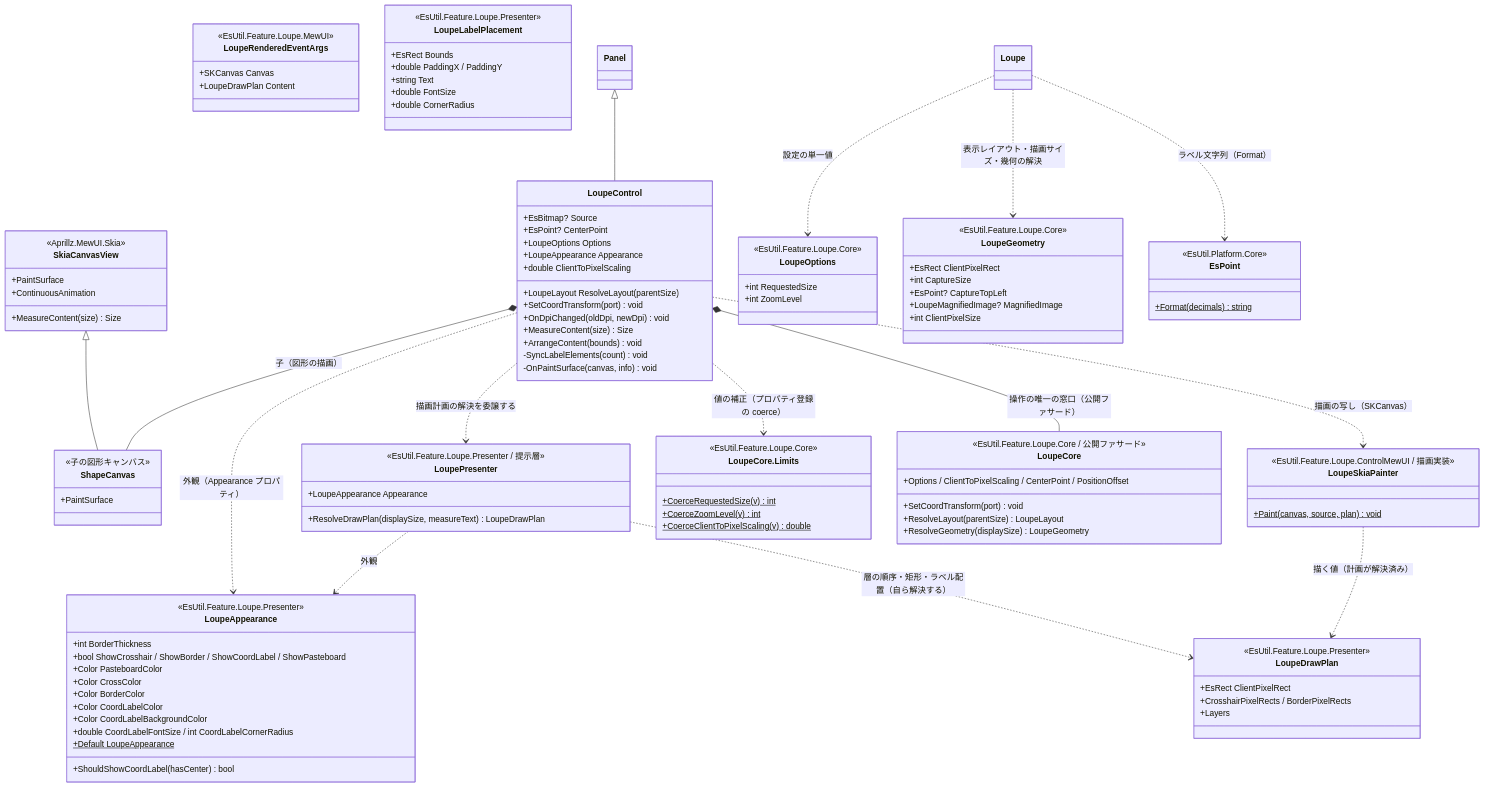
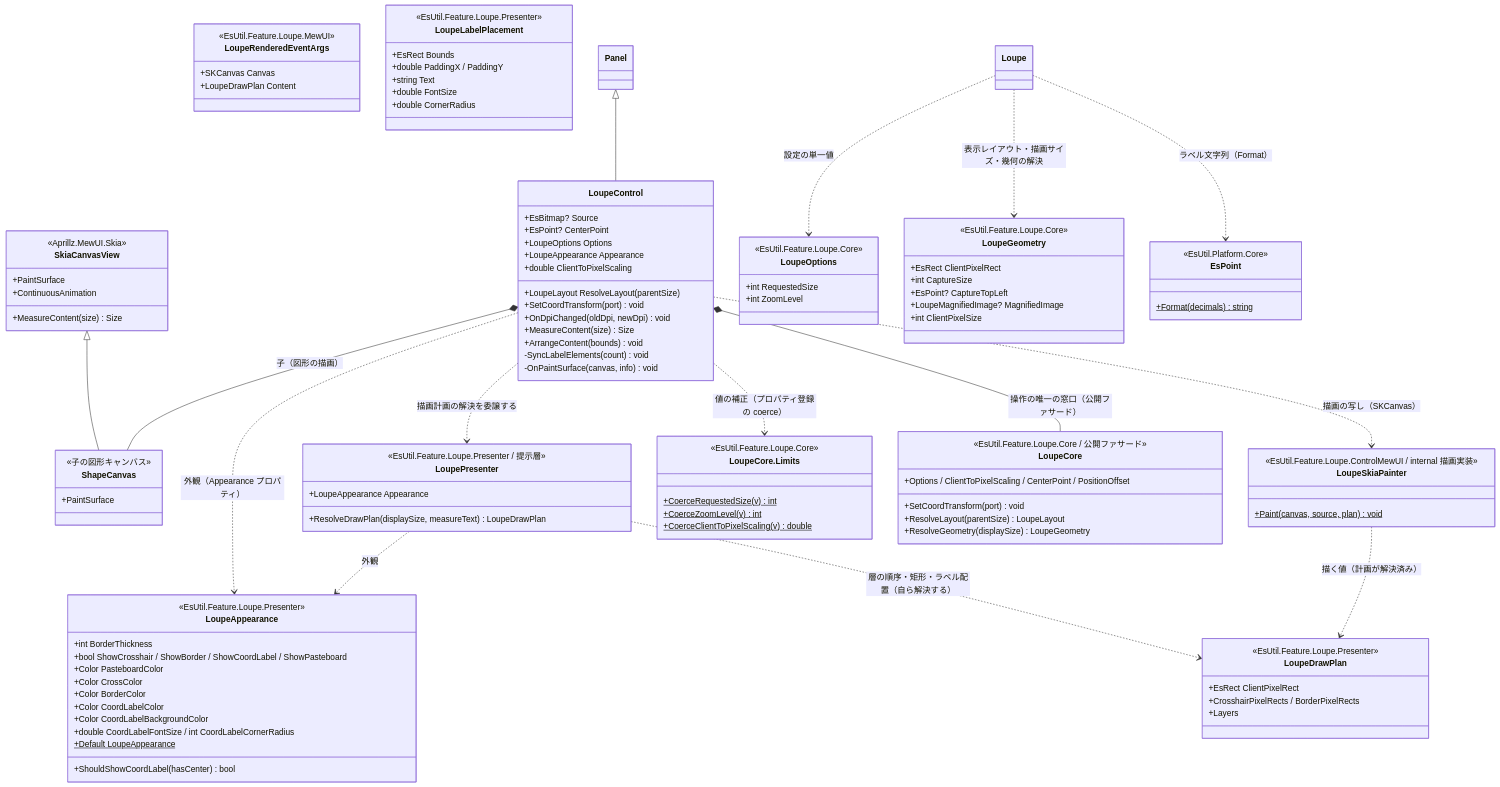
One commit to tomokuni/SaveEvidence changed the first of 2 diagrams in src/EsUtil.Feature.Loupe.ControlMewUI/docs/SPEC_System.md. Above: the diagram before and after it, drawn with Mermaid. The commit also changed 32 other files, not shown here.

```diff
--- a/src/EsUtil.Feature.Loupe.ControlMewUI/docs/SPEC_System.md
+++ b/src/EsUtil.Feature.Loupe.ControlMewUI/docs/SPEC_System.md
@@ -146,7 +146,7 @@
         +ResolveDrawPlan(displaySize, measureText) LoupeDrawPlan
     }
     class LoupeSkiaPainter {
-        <<EsUtil.Feature.Loupe.ControlMewUI / 描画実装>>
+        <<EsUtil.Feature.Loupe.ControlMewUI / internal 描画実装>>
         +Paint(canvas, source, plan) void$
     }
     class LoupeCore.Limits {
```
